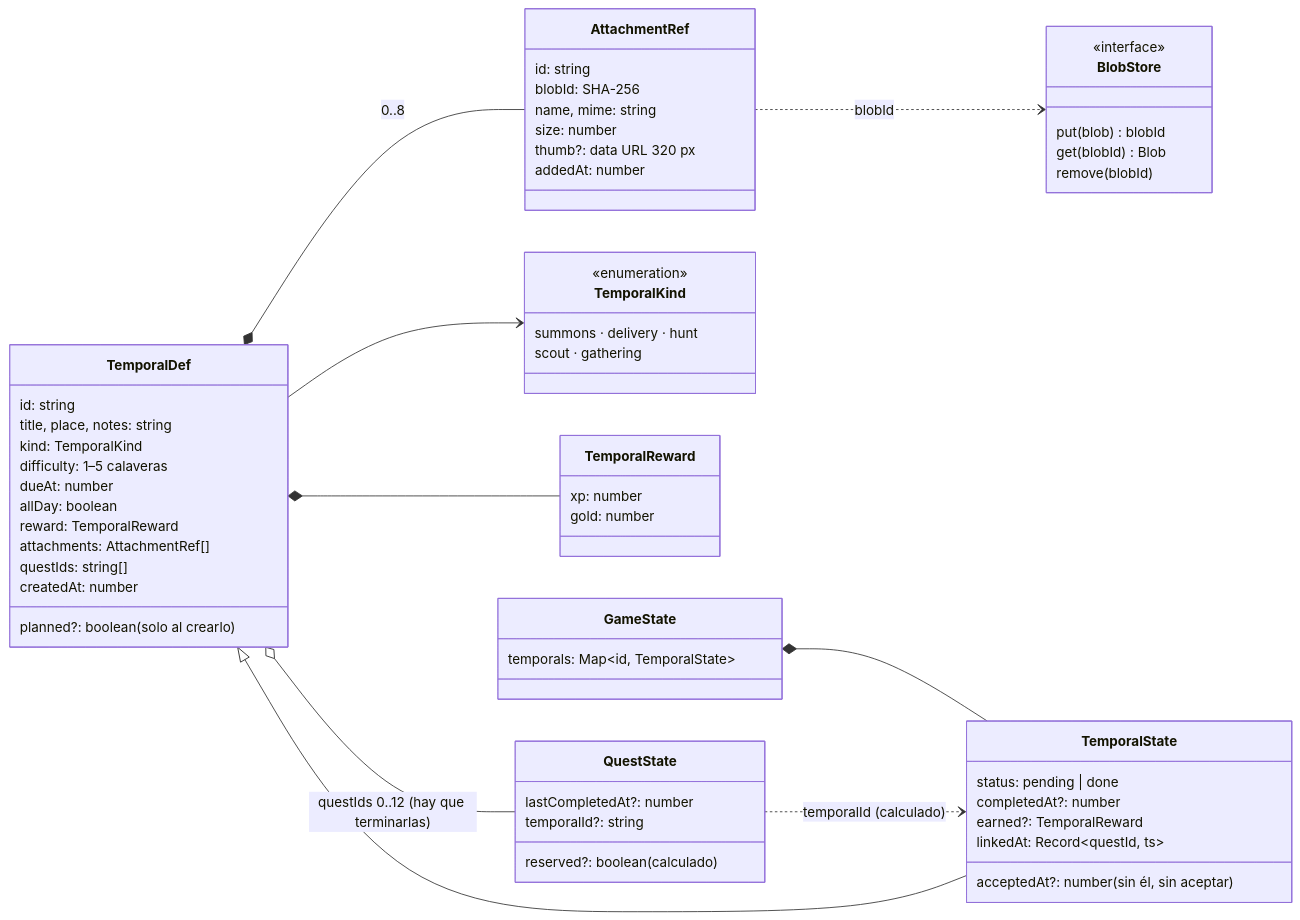
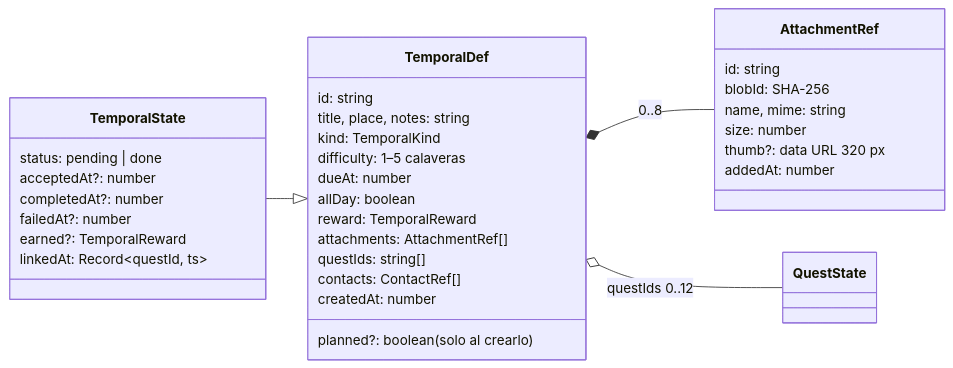
Before and after one commit to Carlos-Requena/Quest_Tareas: the diagram in src/features/temporal/README.md, drawn with Mermaid. The commit also changed other lines of this file and 134 other files, not shown here.

````diff
--- a/src/features/temporal/README.md
+++ b/src/features/temporal/README.md
@@ -284,63 +135,37 @@
 ```mermaid
 classDiagram
     direction LR
     class TemporalDef {
         id: string
         title, place, notes: string
         kind: TemporalKind
         difficulty: 1–5 calaveras
         dueAt: number
         allDay: boolean
         reward: TemporalReward
         attachments: AttachmentRef[]
         questIds: string[]
+        contacts: ContactRef[]
         createdAt: number
         planned?: boolean (solo al crearlo)
     }
     class TemporalState {
         status: pending | done
-        acceptedAt?: number (sin él, sin aceptar)
+        acceptedAt?: number
         completedAt?: number
+        failedAt?: number
         earned?: TemporalReward
         linkedAt: Record~questId, ts~
-    }
-    class QuestState {
-        lastCompletedAt?: number
-        temporalId?: string
-        reserved?: boolean (calculado)
-    }
-    class TemporalKind {
-        <<enumeration>>
-        summons · delivery · hunt
-        scout · gathering
-    }
-    class TemporalReward {
-        xp: number
-        gold: number
     }
     class AttachmentRef {
         id: string
         blobId: SHA-256
         name, mime: string
         size: number
         thumb?: data URL 320 px
         addedAt: number
     }
-    class BlobStore {
-        <<interface>>
-        put(blob) blobId
-        get(blobId) Blob
-        remove(blobId)
-    }
-    class GameState {
-        temporals: Map~id, TemporalState~
-    }
     TemporalState --|> TemporalDef
-    TemporalDef --> TemporalKind
-    TemporalDef *-- TemporalReward
     TemporalDef *-- AttachmentRef : 0..8
-    AttachmentRef ..> BlobStore : blobId
-    GameState *-- TemporalState
-    TemporalDef o-- QuestState : questIds 0..12 (hay que terminarlas)
-    QuestState ..> TemporalState : temporalId (calculado)
+    TemporalDef o-- QuestState : questIds 0..12
 ```
````
